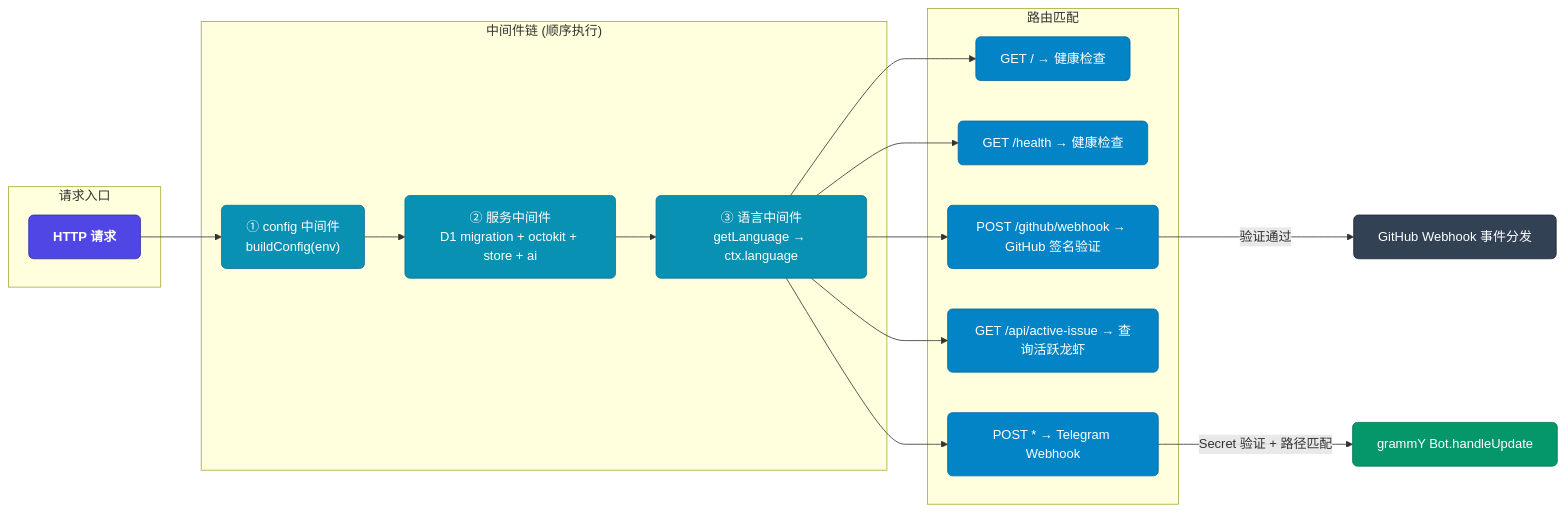
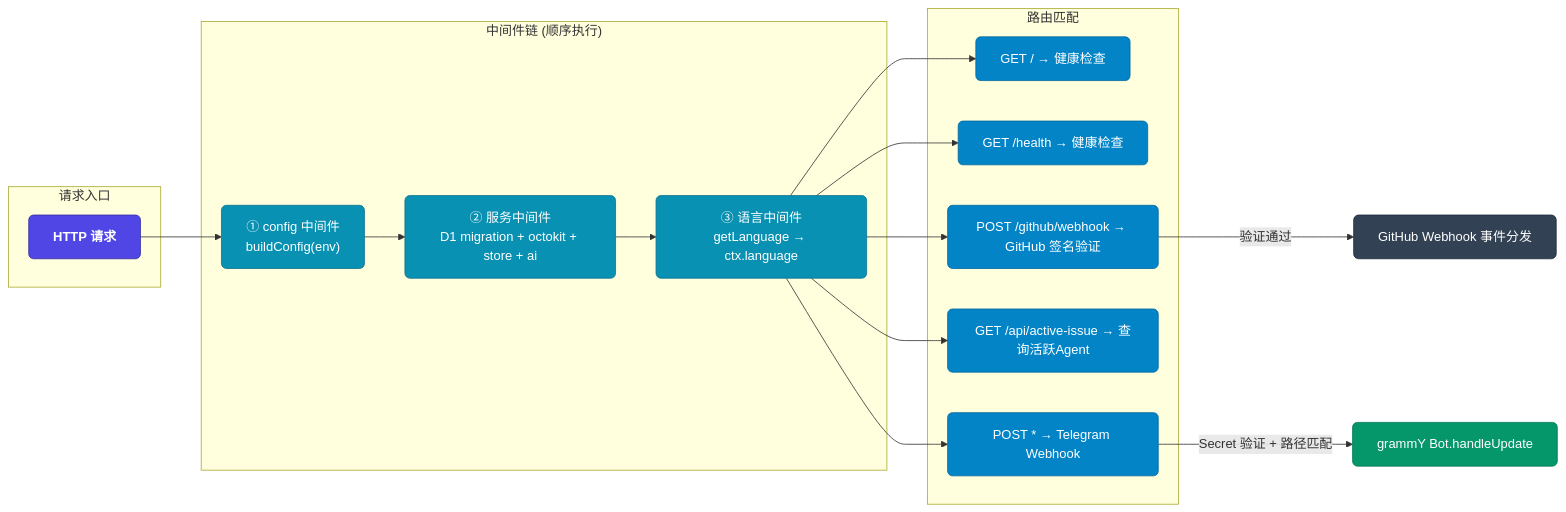
Before and after one commit to getfde-admin/myagent-core: the second of 11 diagrams in src/ARCHITECTURE.md, drawn with Mermaid. The commit also changed other lines of this file and 66 other files, not shown here.

````diff
--- a/src/ARCHITECTURE.md
+++ b/src/ARCHITECTURE.md
@@ -135,36 +135,36 @@
 ```mermaid
 flowchart LR
     classDef req fill:#4f46e5,stroke:#3730a3,color:#fff,font-weight:bold,rx:6px
     classDef mw fill:#0891b2,stroke:#0e7490,color:#fff,rx:6px
     classDef route fill:#0284c7,stroke:#0369a1,color:#fff,rx:6px
     classDef gh fill:#334155,stroke:#1e293b,color:#fff,rx:6px
     classDef tg fill:#059669,stroke:#047857,color:#fff,rx:6px
 
     subgraph 请求入口
         REQ["HTTP 请求"]:::req
     end
 
     subgraph "中间件链 (顺序执行)"
         M1["① config 中间件<br/>buildConfig(env)"]:::mw
         M2["② 服务中间件<br/>D1 migration + octokit + store + ai"]:::mw
         M3["③ 语言中间件<br/>getLanguage → ctx.language"]:::mw
     end
 
     subgraph 路由匹配
         R1["GET / → 健康检查"]:::route
         R2["GET /health → 健康检查"]:::route
         R3["POST /github/webhook → GitHub 签名验证"]:::route
-        R4["GET /api/active-issue → 查询活跃龙虾"]:::route
+        R4["GET /api/active-issue → 查询活跃Agent"]:::route
         R5["POST * → Telegram Webhook"]:::route
     end
 
     REQ --> M1 --> M2 --> M3
     M3 --> R1
     M3 --> R2
     M3 --> R3
     M3 --> R4
     M3 --> R5
 
     R3 -->|验证通过| GHEVENT["GitHub Webhook 事件分发"]:::gh
     R5 -->|Secret 验证 + 路径匹配| BOT["grammY Bot.handleUpdate"]:::tg
 ```
````
